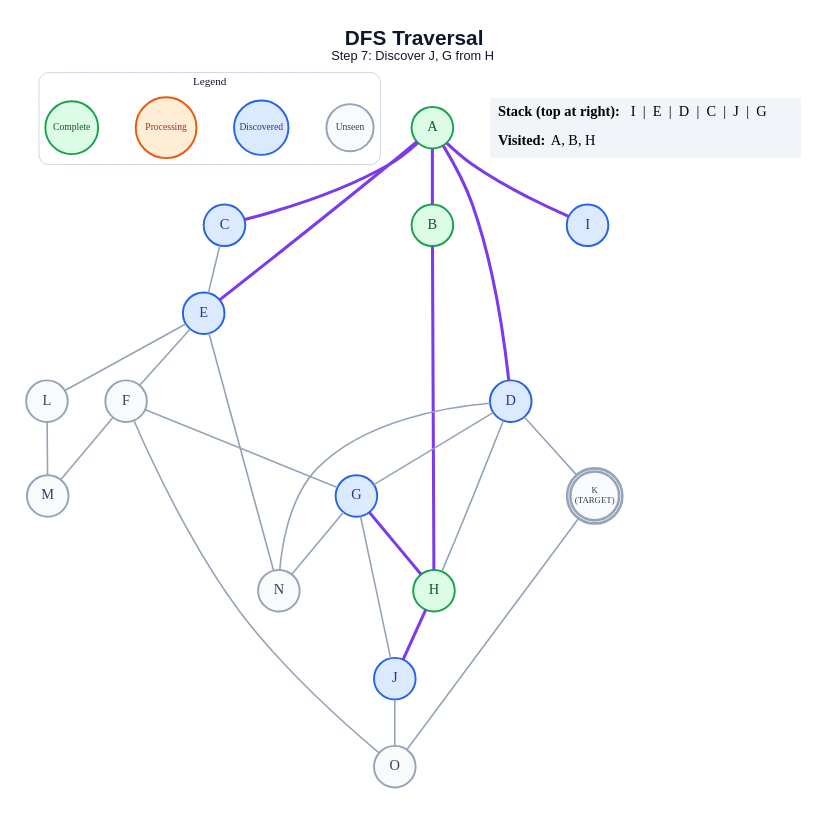
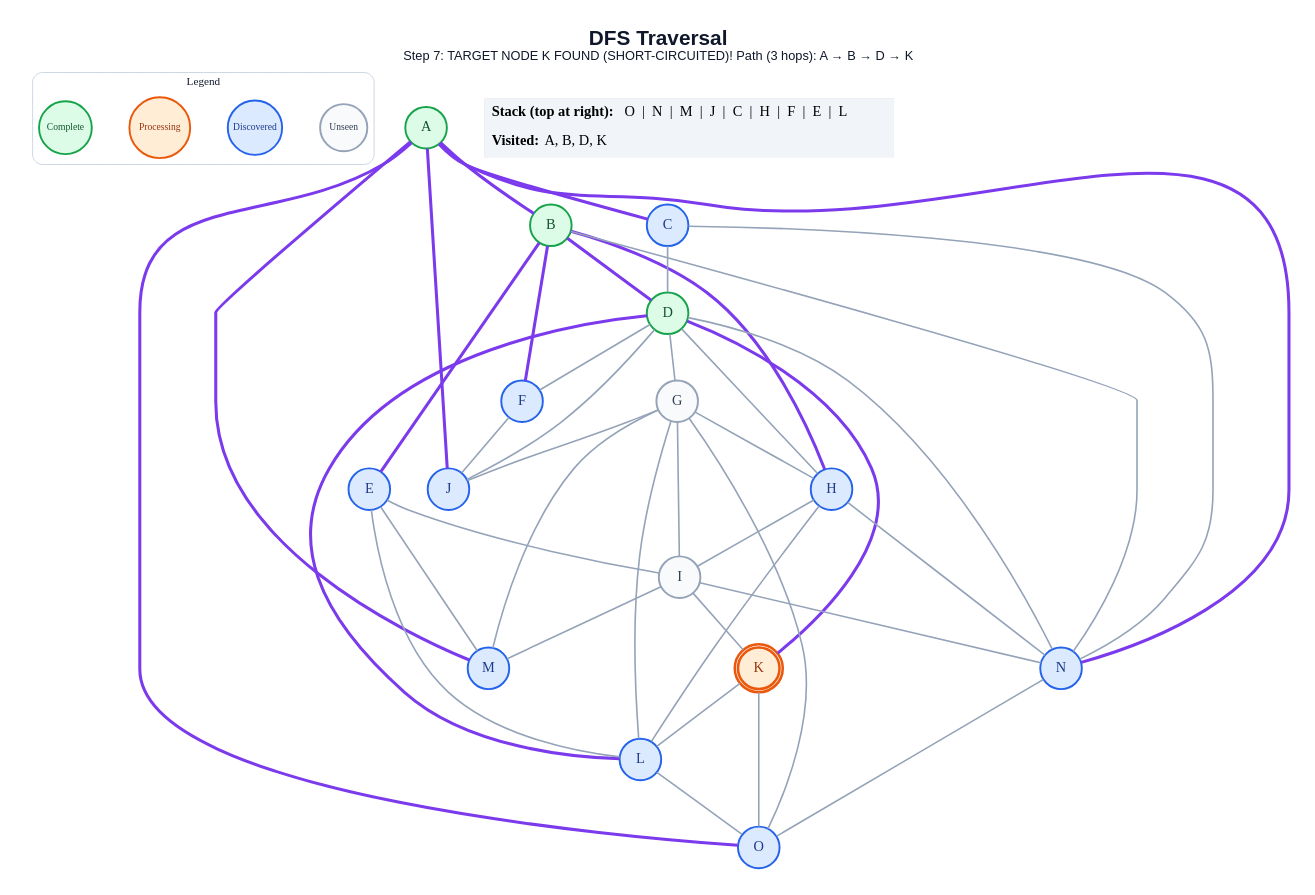
The diagram in generated/short-circuit/dfs/step_07.dot (anon7238593-create/ai-slop), drawn with Graphviz before and after one commit. The commit also changed 280 other files, not shown here.

```diff
--- a/generated/short-circuit/dfs/step_07.dot
+++ b/generated/short-circuit/dfs/step_07.dot
@@ -1,58 +1,74 @@
 graph traversal {
   graph [layout=dot, rankdir=TB, bgcolor="#FFFFFF", pad="0.35", nodesep="0.65", ranksep="0.8", fontname="Arial"];
   node [shape=circle, style="filled", fontname="Arial Bold", fontsize=18, width=0.72, fixedsize=true, penwidth=2.4];
   edge [color="#94A3B8", penwidth=2.0];
-  label=<<B>DFS Traversal</B><BR/><FONT POINT-SIZE="16">Step 7: Discover J, G from H</FONT>>; labelloc="t"; fontsize=26; fontname="Arial"; fontcolor="#0F172A";
+  label=<<B>DFS Traversal</B><BR/><FONT POINT-SIZE="16">Step 7: TARGET NODE K FOUND (SHORT-CIRCUITED)! Path (3 hops): A → B → D → K</FONT>>; labelloc="t"; fontsize=26; fontname="Arial"; fontcolor="#0F172A";
   subgraph cluster_legend { label="Legend"; color="#CBD5E1"; penwidth=1.2; style="rounded"; fontsize=14; fontname="Arial Bold";
     key_unseen [label="Unseen", fillcolor="#F8FAFC", color="#94A3B8", fontcolor="#334155", fontsize=12, width=0.82];
     key_frontier [label="Discovered", fillcolor="#DBEAFE", color="#2563EB", fontcolor="#1E3A8A", fontsize=12, width=0.95];
     key_current [label="Processing", fillcolor="#FFEDD5", color="#EA580C", fontcolor="#9A3412", fontsize=12, width=1.05];
     key_done [label="Complete", fillcolor="#DCFCE7", color="#16A34A", fontcolor="#14532D", fontsize=12, width=0.92];
     { rank=same; key_unseen; key_frontier; key_current; key_done; }
   }
   A [label="A", fillcolor="#DCFCE7", color="#16A34A", fontcolor="#14532D", peripheries=1, penwidth=2.4];
   B [label="B", fillcolor="#DCFCE7", color="#16A34A", fontcolor="#14532D", peripheries=1, penwidth=2.4];
   C [label="C", fillcolor="#DBEAFE", color="#2563EB", fontcolor="#1E3A8A", peripheries=1, penwidth=2.4];
-  D [label="D", fillcolor="#DBEAFE", color="#2563EB", fontcolor="#1E3A8A", peripheries=1, penwidth=2.4];
+  D [label="D", fillcolor="#DCFCE7", color="#16A34A", fontcolor="#14532D", peripheries=1, penwidth=2.4];
   E [label="E", fillcolor="#DBEAFE", color="#2563EB", fontcolor="#1E3A8A", peripheries=1, penwidth=2.4];
-  F [label="F", fillcolor="#F8FAFC", color="#94A3B8", fontcolor="#334155", peripheries=1, penwidth=2.4];
-  G [label="G", fillcolor="#DBEAFE", color="#2563EB", fontcolor="#1E3A8A", peripheries=1, penwidth=2.4];
-  H [label="H", fillcolor="#DCFCE7", color="#16A34A", fontcolor="#14532D", peripheries=1, penwidth=2.4];
-  I [label="I", fillcolor="#DBEAFE", color="#2563EB", fontcolor="#1E3A8A", peripheries=1, penwidth=2.4];
+  F [label="F", fillcolor="#DBEAFE", color="#2563EB", fontcolor="#1E3A8A", peripheries=1, penwidth=2.4];
+  G [label="G", fillcolor="#F8FAFC", color="#94A3B8", fontcolor="#334155", peripheries=1, penwidth=2.4];
+  H [label="H", fillcolor="#DBEAFE", color="#2563EB", fontcolor="#1E3A8A", peripheries=1, penwidth=2.4];
+  I [label="I", fillcolor="#F8FAFC", color="#94A3B8", fontcolor="#334155", peripheries=1, penwidth=2.4];
   J [label="J", fillcolor="#DBEAFE", color="#2563EB", fontcolor="#1E3A8A", peripheries=1, penwidth=2.4];
-  K [label="K\n(TARGET)", fillcolor="#F8FAFC", color="#94A3B8", fontcolor="#334155", peripheries=2, penwidth=3.2, fontsize=11, width=0.85, height=0.85];
-  L [label="L", fillcolor="#F8FAFC", color="#94A3B8", fontcolor="#334155", peripheries=1, penwidth=2.4];
-  M [label="M", fillcolor="#F8FAFC", color="#94A3B8", fontcolor="#334155", peripheries=1, penwidth=2.4];
-  N [label="N", fillcolor="#F8FAFC", color="#94A3B8", fontcolor="#334155", peripheries=1, penwidth=2.4];
-  O [label="O", fillcolor="#F8FAFC", color="#94A3B8", fontcolor="#334155", peripheries=1, penwidth=2.4];
+  K [label="K", fillcolor="#FFEDD5", color="#EA580C", fontcolor="#9A3412", peripheries=2, penwidth=3.2];
+  L [label="L", fillcolor="#DBEAFE", color="#2563EB", fontcolor="#1E3A8A", peripheries=1, penwidth=2.4];
+  M [label="M", fillcolor="#DBEAFE", color="#2563EB", fontcolor="#1E3A8A", peripheries=1, penwidth=2.4];
+  N [label="N", fillcolor="#DBEAFE", color="#2563EB", fontcolor="#1E3A8A", peripheries=1, penwidth=2.4];
+  O [label="O", fillcolor="#DBEAFE", color="#2563EB", fontcolor="#1E3A8A", peripheries=1, penwidth=2.4];
   A -- B [color="#7C3AED", penwidth=3.8];
   A -- C [color="#7C3AED", penwidth=3.8];
-  A -- D [color="#7C3AED", penwidth=3.8];
-  A -- E [color="#7C3AED", penwidth=3.8];
-  A -- I [color="#7C3AED", penwidth=3.8];
+  A -- J [color="#7C3AED", penwidth=3.8];
+  A -- M [color="#7C3AED", penwidth=3.8];
+  A -- N [color="#7C3AED", penwidth=3.8];
+  A -- O [color="#7C3AED", penwidth=3.8];
+  B -- D [color="#7C3AED", penwidth=3.8];
+  B -- E [color="#7C3AED", penwidth=3.8];
+  B -- F [color="#7C3AED", penwidth=3.8];
   B -- H [color="#7C3AED", penwidth=3.8];
-  C -- E;
+  B -- N;
+  C -- D;
+  C -- N;
+  D -- F;
   D -- G;
   D -- H;
-  D -- K;
+  D -- J;
+  D -- K [color="#7C3AED", penwidth=3.8];
+  D -- L [color="#7C3AED", penwidth=3.8];
   D -- N;
-  E -- F;
+  E -- I;
   E -- L;
-  E -- N;
-  F -- G;
-  F -- M;
-  F -- O;
-  G -- H [color="#7C3AED", penwidth=3.8];
+  E -- M;
+  F -- J;
+  G -- H;
+  G -- I;
   G -- J;
-  G -- N;
-  H -- J [color="#7C3AED", penwidth=3.8];
-  J -- O;
+  G -- L;
+  G -- M;
+  G -- O;
+  H -- I;
+  H -- L;
+  H -- N;
+  I -- K;
+  I -- M;
+  I -- N;
+  K -- L;
   K -- O;
-  L -- M;
+  L -- O;
+  N -- O;
   status [shape=plain, fixedsize=false, width=0, height=0, margin=0, label=<
     <TABLE BORDER="0" CELLBORDER="0" CELLPADDING="7" BGCOLOR="#F1F5F9">
-      <TR><TD ALIGN="LEFT"><B>Stack (top at right):</B> I  |  E  |  D  |  C  |  J  |  G</TD></TR>
-      <TR><TD ALIGN="LEFT"><B>Visited:</B> A, B, H</TD></TR>
+      <TR><TD ALIGN="LEFT"><B>Stack (top at right):</B> O  |  N  |  M  |  J  |  C  |  H  |  F  |  E  |  L</TD></TR>
+      <TR><TD ALIGN="LEFT"><B>Visited:</B> A, B, D, K</TD></TR>
     </TABLE>
   >];
 }
```
